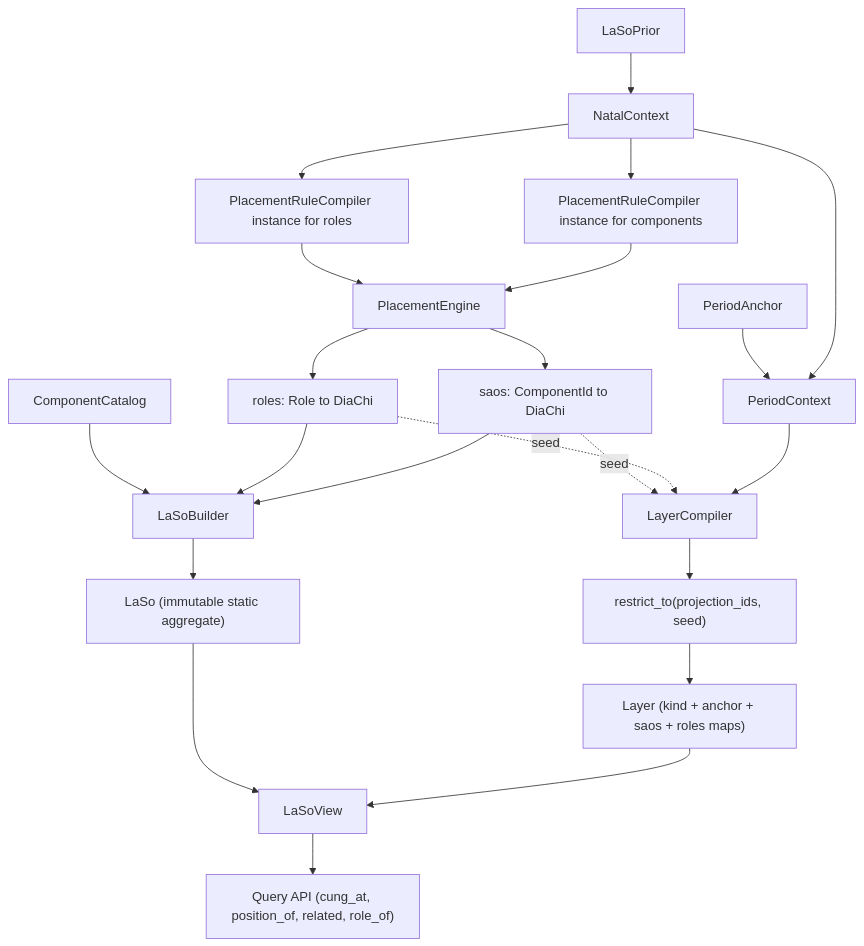
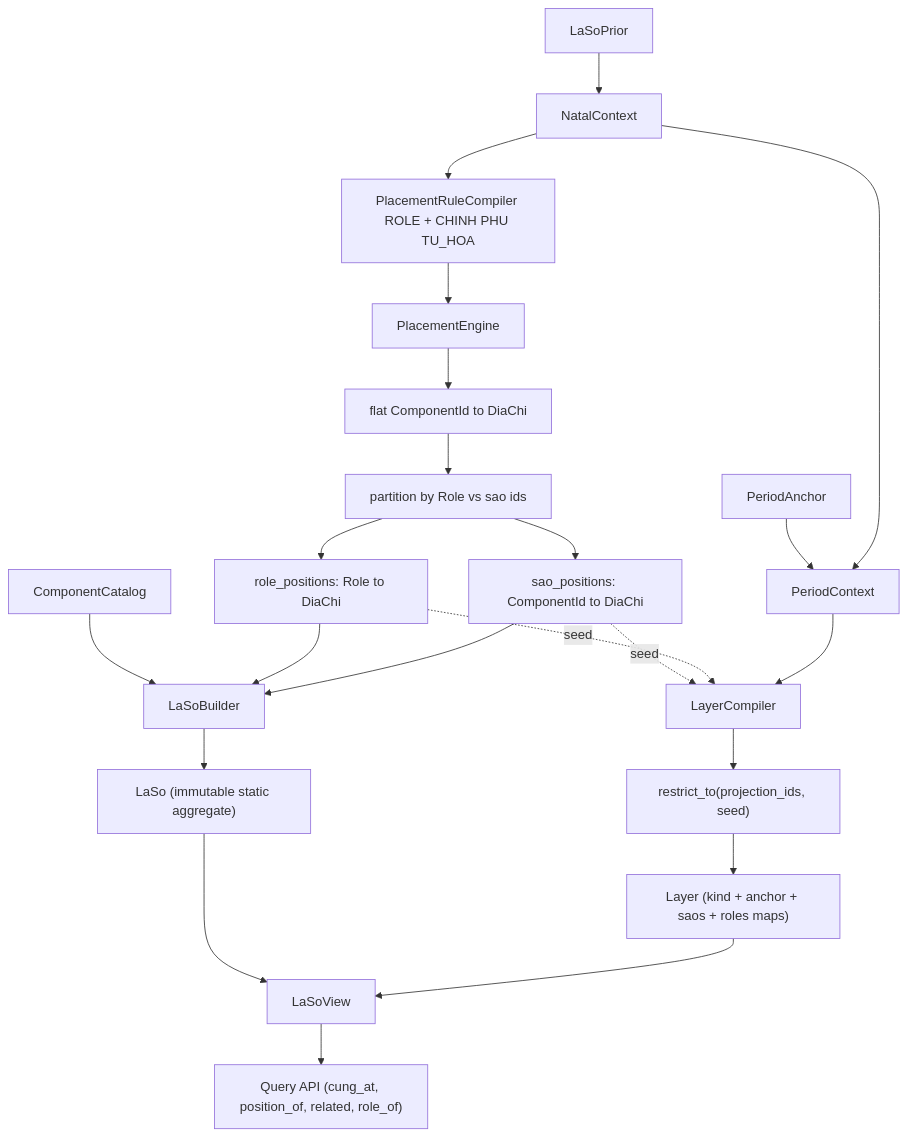
One commit to TrungDinhT/tuviLM changed the diagram in src/refactored/docs/architecture.md. Above: the diagram before and after it, drawn with Mermaid. The commit also changed other lines of this file and 13 other files, not shown here.

Commit message:
Impl: Phase 2 - Partition roles vs saos after placement

````diff
--- a/src/refactored/docs/architecture.md
+++ b/src/refactored/docs/architecture.md
@@ -20,27 +20,27 @@
 ```mermaid
 flowchart TB
     Prior[LaSoPrior] --> Natal[NatalContext]
     Anchor[PeriodAnchor] --> Period[PeriodContext]
     Natal --> Period
-    Natal --> RoleCompiler[PlacementRuleCompiler instance for roles]
-    Natal --> CompCompiler[PlacementRuleCompiler instance for components]
-    RoleCompiler --> Engine[PlacementEngine]
-    CompCompiler --> Engine
-    Engine --> RolePos["roles: Role to DiaChi"]
-    Engine --> SaoPos["saos: ComponentId to DiaChi"]
+    Natal --> PlacementCompiler[PlacementRuleCompiler ROLE + CHINH PHU TU_HOA]
+    PlacementCompiler --> Engine[PlacementEngine]
+    Engine --> FlatPos["flat ComponentId to DiaChi"]
+    FlatPos --> Partition["partition by Role vs sao ids"]
+    Partition --> RolePos["role_positions: Role to DiaChi"]
+    Partition --> SaoPos["sao_positions: ComponentId to DiaChi"]
 
     Catalog[ComponentCatalog] --> Builder[LaSoBuilder]
     RolePos --> Builder
     SaoPos --> Builder
     Builder --> LaSo["LaSo (immutable static aggregate)"]
 
     SaoPos -. seed .-> LayerCompiler
     RolePos -. seed .-> LayerCompiler
     Period --> LayerCompiler[LayerCompiler]
     LayerCompiler --> Restrict["restrict_to(projection_ids, seed)"]
     Restrict --> Layer["Layer (kind + anchor + saos + roles maps)"]
 
     LaSo --> View[LaSoView]
     Layer --> View
     View --> Queries["Query API (cung_at, position_of, related, role_of)"]
 ```
````
